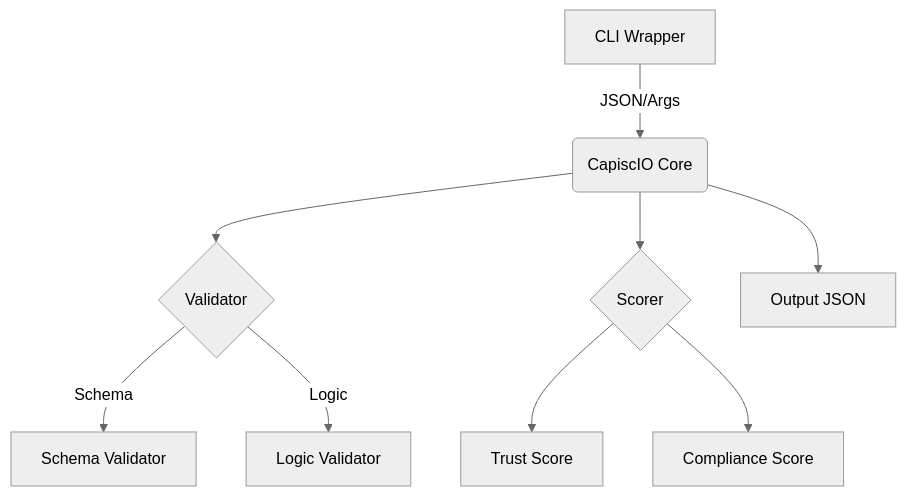
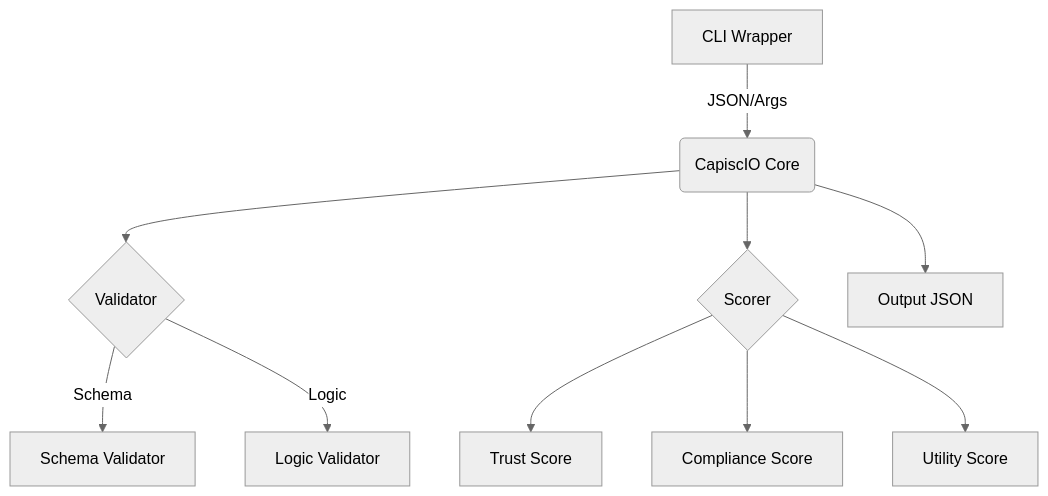
The diagram in docs/reference/architecture.md (capiscio/capiscio-core), drawn with Mermaid (neutral theme) before and after one commit. The commit also changed 1 other file, not shown here.

Commit message:
docs: address PR comments (architecture diagram, cli reference)

````diff
--- a/docs/reference/architecture.md
+++ b/docs/reference/architecture.md
@@ -15,11 +15,12 @@
 ```mermaid
 graph TD
     A[CLI Wrapper] -->|JSON/Args| B(CapiscIO Core)
     B --> C{Validator}
     C -->|Schema| D[Schema Validator]
     C -->|Logic| E[Logic Validator]
     B --> F{Scorer}
     F --> G[Trust Score]
     F --> H[Compliance Score]
+    F --> J[Utility Score]
     B --> I[Output JSON]
 ```
````
